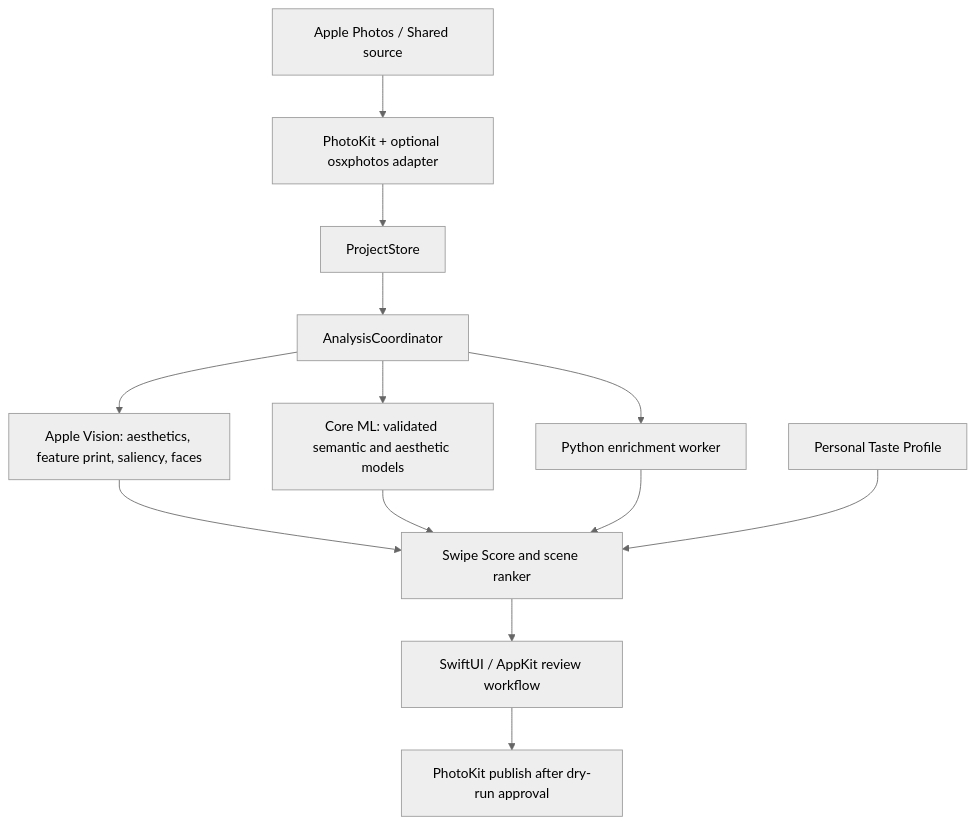
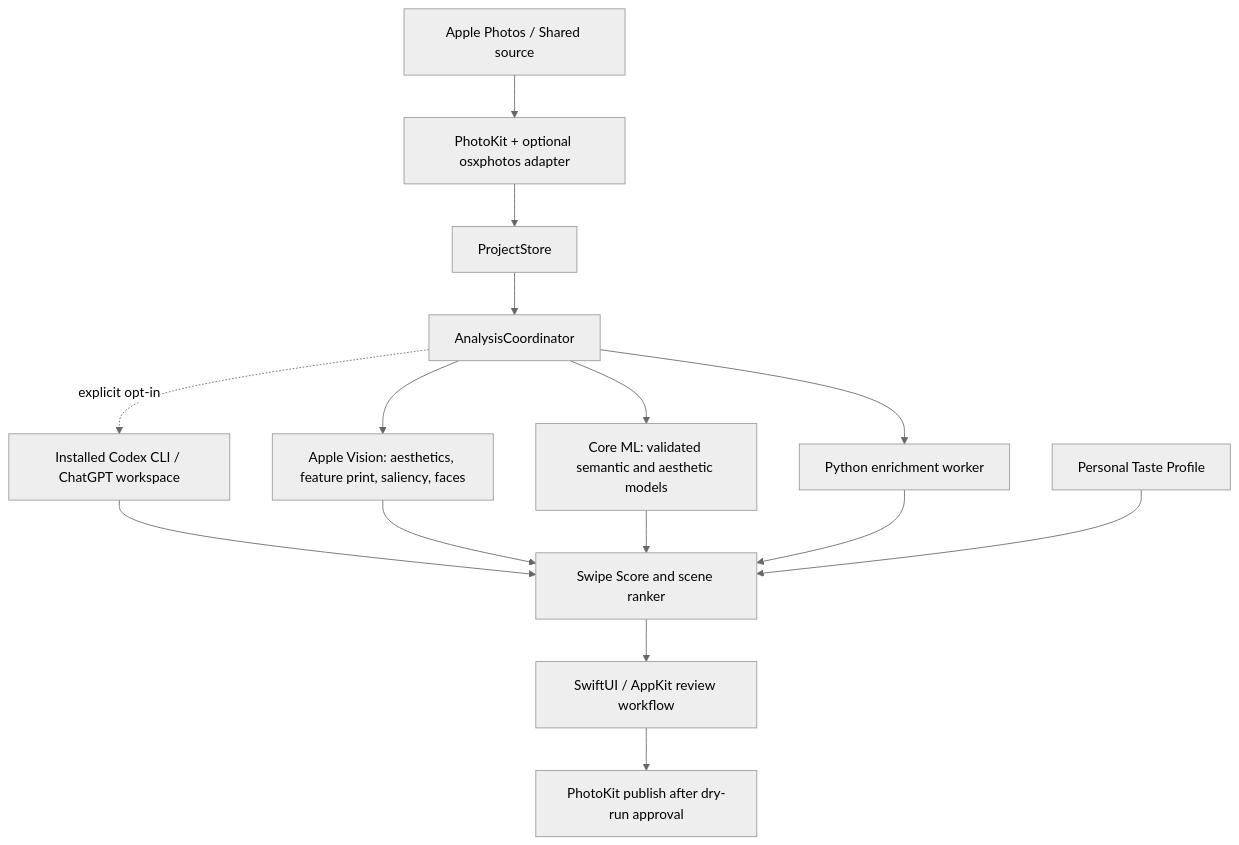
The diagram in docs/02-architecture.md (SergeyLavrentev/photo-curator), drawn with Mermaid (neutral theme) before and after one commit. The commit also changed other lines of this file and 26 other files, not shown here.

````diff
--- a/docs/02-architecture.md
+++ b/docs/02-architecture.md
@@ -5,15 +5,17 @@
 ```mermaid
 flowchart TD
     PH["Apple Photos / Shared source"] --> PI["PhotoKit + optional osxphotos adapter"]
     PI --> PS["ProjectStore"]
     PS --> AC["AnalysisCoordinator"]
     AC --> VI["Apple Vision: aesthetics, feature print, saliency, faces"]
     AC --> CM["Core ML: validated semantic and aesthetic models"]
     AC --> PW["Python enrichment worker"]
+    AC -. "explicit opt-in" .-> CX["Installed Codex CLI / ChatGPT workspace"]
+    CX --> SS
     VI --> SS["Swipe Score and scene ranker"]
     CM --> SS
     PW --> SS
     TP["Personal Taste Profile"] --> SS
     SS --> UI["SwiftUI / AppKit review workflow"]
     UI --> PP["PhotoKit publish after dry-run approval"]
 ```
````
